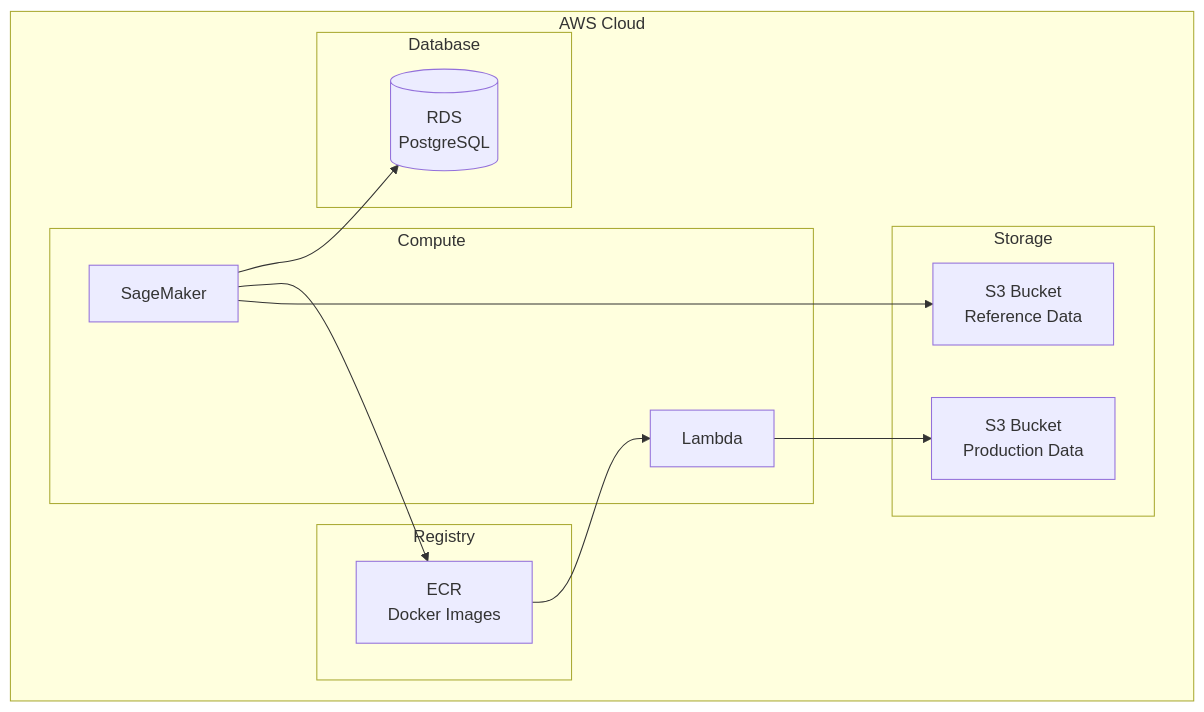
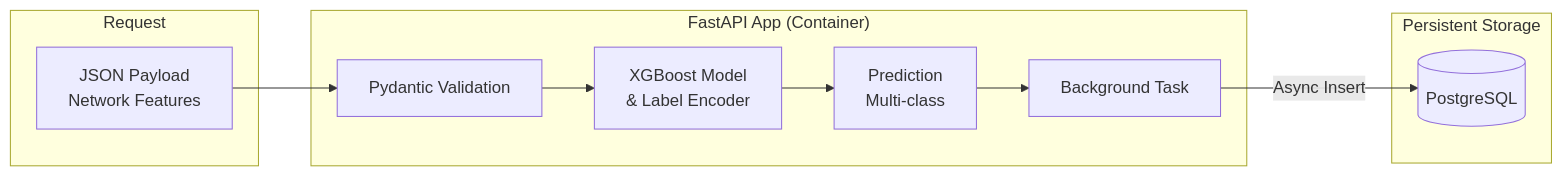
Before and after one commit to Viet-Hoang-2005/AdaptML: the second of 6 diagrams in ARCHITECTURE.md, drawn with Mermaid. The commit also changed other lines of this file and 10 other files, not shown here.

Commit message:
docs/update README, ARCHITECTURE, CHANGELOG and CONTRIBUTING

````diff
--- a/ARCHITECTURE.md
+++ b/ARCHITECTURE.md
@@ -369,28 +45,23 @@
 ```mermaid
-flowchart TB
-    subgraph AWS["AWS Cloud"]
-        subgraph COMPUTE["Compute"]
-            LAMBDA[Lambda]
-            SAGEMAKER[SageMaker]
-        end
-
-        subgraph STORAGE["Storage"]
-            S3_REF[S3 Bucket<br/>Reference Data]
-            S3_PROD[S3 Bucket<br/>Production Data]
-        end
-
-        subgraph REGISTRY["Registry"]
-            ECR[ECR<br/>Docker Images]
-        end
-
-        subgraph DATABASE["Database"]
-            RDS[(RDS<br/>PostgreSQL)]
-        end
+flowchart LR
+    subgraph REQUEST["Request"]
+        JSON[JSON Payload<br/>Network Features]
     end
 
-    LAMBDA --> S3_PROD
-    SAGEMAKER --> S3_REF
-    SAGEMAKER --> ECR
-    SAGEMAKER --> RDS
-    ECR --> LAMBDA
+    subgraph FASTAPI["FastAPI App (Container)"]
+        PARSER[Pydantic Validation]
+        MODEL[XGBoost Model<br/>& Label Encoder]
+        PRED[Prediction<br/>Multi-class]
+        BT[Background Task]
+    end
+
+    subgraph DATABASE["Persistent Storage"]
+        DB[(PostgreSQL)]
+    end
+
+    JSON --> PARSER
+    PARSER --> MODEL
+    MODEL --> PRED
+    PRED --> BT
+    BT -->|Async Insert| DB
 ```
````
